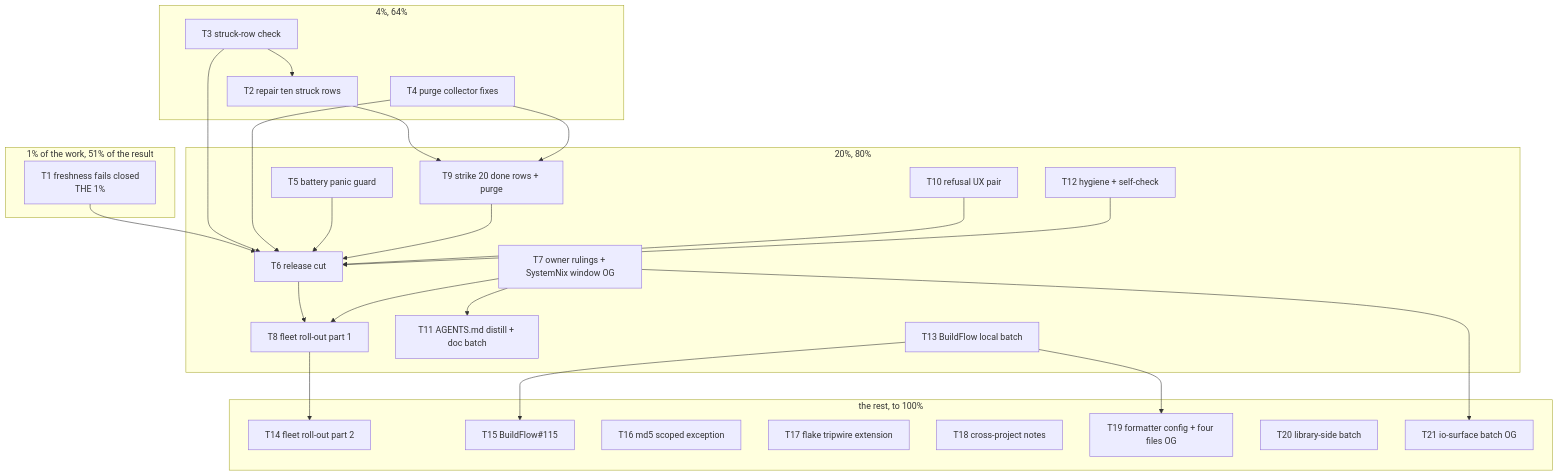
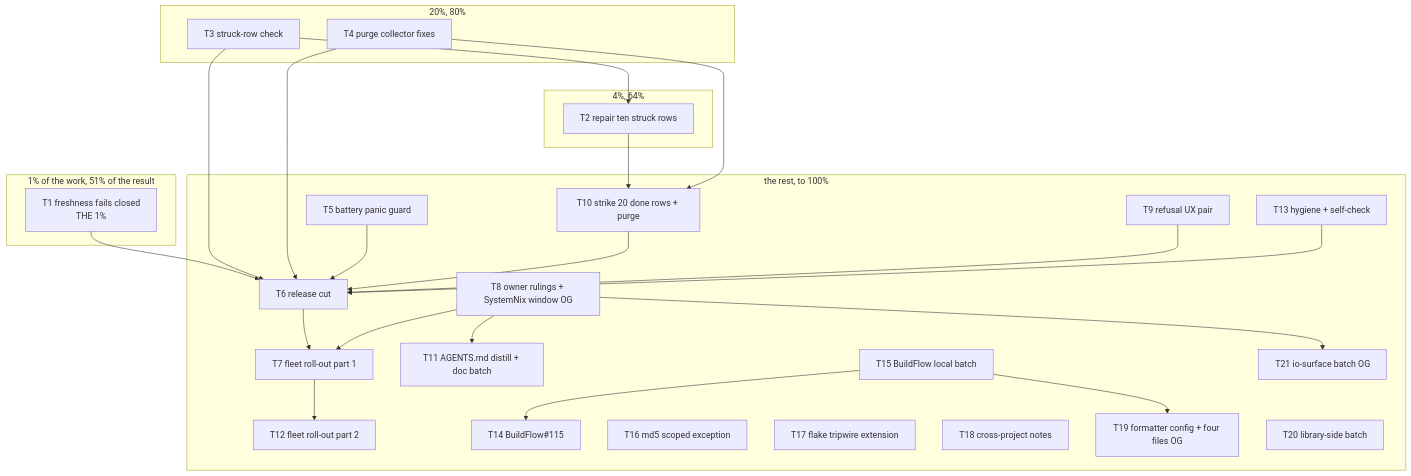
Before and after one commit to Artmann-Technologies/docs-gates: the diagram in docs/planning/2026-11-24_01-07_SUPERB-pareto-execution-plan-v3.md, drawn with Mermaid. The commit also changed other lines of this file, not shown here.

````diff
--- a/docs/planning/2026-11-24_01-07_SUPERB-pareto-execution-plan-v3.md
+++ b/docs/planning/2026-11-24_01-07_SUPERB-pareto-execution-plan-v3.md
@@ -477,49 +471,49 @@
 ```mermaid
 flowchart TD
     subgraph 1p["1% of the work, 51% of the result"]
         T1["T1 freshness fails closed<br/>THE 1%"]
     end
     subgraph 4p["4%, 64%"]
         T2["T2 repair ten struck rows"]
+    end
+    subgraph 20p["20%, 80%"]
         T3["T3 struck-row check"]
         T4["T4 purge collector fixes"]
     end
-    subgraph 20p["20%, 80%"]
+    subgraph rest["the rest, to 100%"]
         T5["T5 battery panic guard"]
         T6["T6 release cut"]
-        T7["T7 owner rulings + SystemNix window OG"]
-        T8["T8 fleet roll-out part 1"]
-        T9["T9 strike 20 done rows + purge"]
-        T10["T10 refusal UX pair"]
+        T7["T7 fleet roll-out part 1"]
+        T8["T8 owner rulings + SystemNix window OG"]
+        T9["T9 refusal UX pair"]
+        T10["T10 strike 20 done rows + purge"]
         T11["T11 AGENTS.md distill + doc batch"]
-        T12["T12 hygiene + self-check"]
-        T13["T13 BuildFlow local batch"]
-    end
-    subgraph tail["the rest, to 100%"]
-        T14["T14 fleet roll-out part 2"]
-        T15["T15 BuildFlow#115"]
+        T12["T12 fleet roll-out part 2"]
+        T13["T13 hygiene + self-check"]
+        T14["T14 BuildFlow#115"]
+        T15["T15 BuildFlow local batch"]
         T16["T16 md5 scoped exception"]
         T17["T17 flake tripwire extension"]
         T18["T18 cross-project notes"]
         T19["T19 formatter config + four files OG"]
         T20["T20 library-side batch"]
         T21["T21 io-surface batch OG"]
     end
     T3 --> T2
     T1 --> T6
     T3 --> T6
     T4 --> T6
     T5 --> T6
+    T10 --> T6
     T9 --> T6
-    T10 --> T6
-    T12 --> T6
-    T2 --> T9
-    T4 --> T9
-    T6 --> T8
-    T7 --> T8
-    T8 --> T14
-    T7 --> T21
-    T7 --> T11
-    T13 --> T15
-    T13 --> T19
+    T13 --> T6
+    T2 --> T10
+    T4 --> T10
+    T6 --> T7
+    T8 --> T7
+    T7 --> T12
+    T8 --> T21
+    T8 --> T11
+    T15 --> T14
+    T15 --> T19
 ```
````
